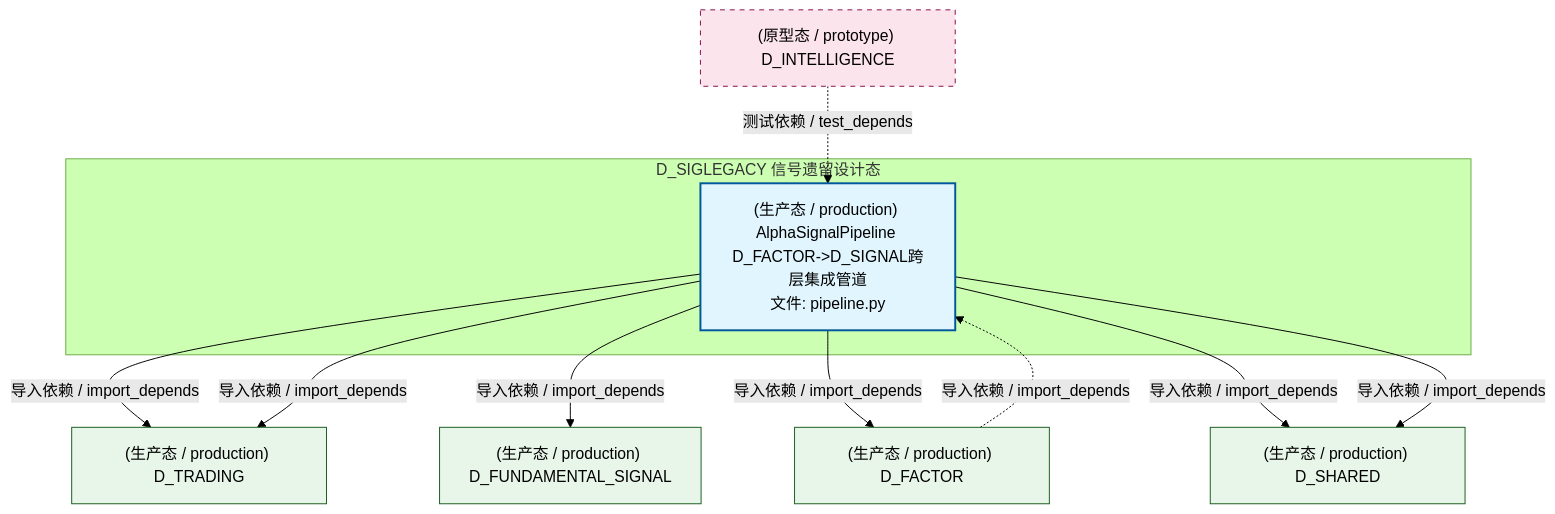
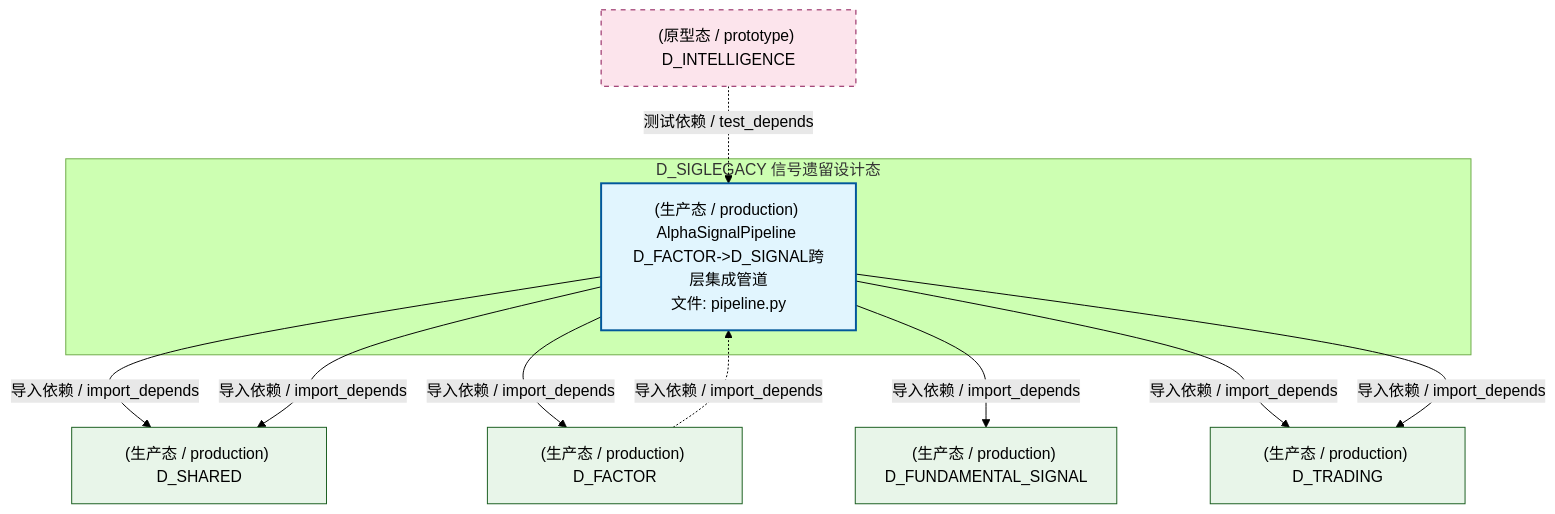
Before and after one commit to xuanFelixVan/ZephyrAlpha: the second of 4 diagrams in docs/02_enterprise_architecture/02_domain_architecture_docs/63_d_siglegacy.md, drawn with Mermaid (forest theme). The commit also changed other lines of this file and 126 other files, not shown here.

````diff
--- a/docs/02_enterprise_architecture/02_domain_architecture_docs/63_d_siglegacy.md
+++ b/docs/02_enterprise_architecture/02_domain_architecture_docs/63_d_siglegacy.md
@@ -138,26 +138,26 @@
 ```mermaid
 graph TD
     subgraph D_SIGLEGACY["D_SIGLEGACY 信号遗留设计态"]
         src_zephyr_signal_fundamental_pipeline_py["(生产态 / production) AlphaSignalPipeline D_FACTOR->D_SIGNAL跨层集成管道<br/>文件: pipeline.py"]
     end
-    D_TRADING["(生产态 / production) D_TRADING"]
-    src_zephyr_signal_fundamental_pipeline_py -->|导入依赖 / import_depends| D_TRADING
-    D_FUNDAMENTAL_SIGNAL["(生产态 / production) D_FUNDAMENTAL_SIGNAL"]
-    src_zephyr_signal_fundamental_pipeline_py -->|导入依赖 / import_depends| D_FUNDAMENTAL_SIGNAL
-    D_FACTOR["(生产态 / production) D_FACTOR"]
-    src_zephyr_signal_fundamental_pipeline_py -->|导入依赖 / import_depends| D_FACTOR
     D_SHARED["(生产态 / production) D_SHARED"]
     src_zephyr_signal_fundamental_pipeline_py -->|导入依赖 / import_depends| D_SHARED
     src_zephyr_signal_fundamental_pipeline_py -->|导入依赖 / import_depends| D_SHARED
+    D_FACTOR["(生产态 / production) D_FACTOR"]
+    src_zephyr_signal_fundamental_pipeline_py -->|导入依赖 / import_depends| D_FACTOR
+    D_FUNDAMENTAL_SIGNAL["(生产态 / production) D_FUNDAMENTAL_SIGNAL"]
+    src_zephyr_signal_fundamental_pipeline_py -->|导入依赖 / import_depends| D_FUNDAMENTAL_SIGNAL
+    D_TRADING["(生产态 / production) D_TRADING"]
+    src_zephyr_signal_fundamental_pipeline_py -->|导入依赖 / import_depends| D_TRADING
     src_zephyr_signal_fundamental_pipeline_py -->|导入依赖 / import_depends| D_TRADING
     D_FACTOR -.->|导入依赖 / import_depends| src_zephyr_signal_fundamental_pipeline_py
     D_INTELLIGENCE["(原型态 / prototype) D_INTELLIGENCE"]
     D_INTELLIGENCE -.->|测试依赖 / test_depends| src_zephyr_signal_fundamental_pipeline_py
     classDef production fill:#e1f5fe,stroke:#01579b,stroke-width:2px,color:#000
     classDef design fill:#fff3e0,stroke:#e65100,stroke-width:2px,color:#000,stroke-dasharray: 5 5
     classDef external_prod fill:#e8f5e9,stroke:#1b5e20,stroke-width:1px,color:#000
     classDef external_design fill:#fce4ec,stroke:#880e4f,stroke-width:1px,color:#000,stroke-dasharray: 5 5
     class src_zephyr_signal_fundamental_pipeline_py production
-    class D_TRADING,D_FUNDAMENTAL_SIGNAL,D_FACTOR,D_SHARED external_prod
+    class D_SHARED,D_FACTOR,D_FUNDAMENTAL_SIGNAL,D_TRADING external_prod
     class D_INTELLIGENCE external_design
 ```
````
